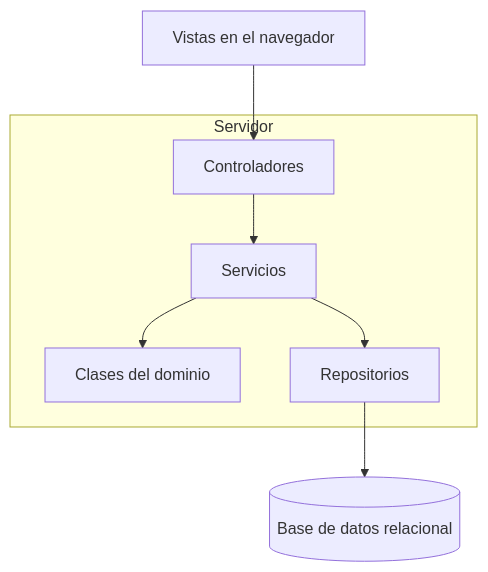
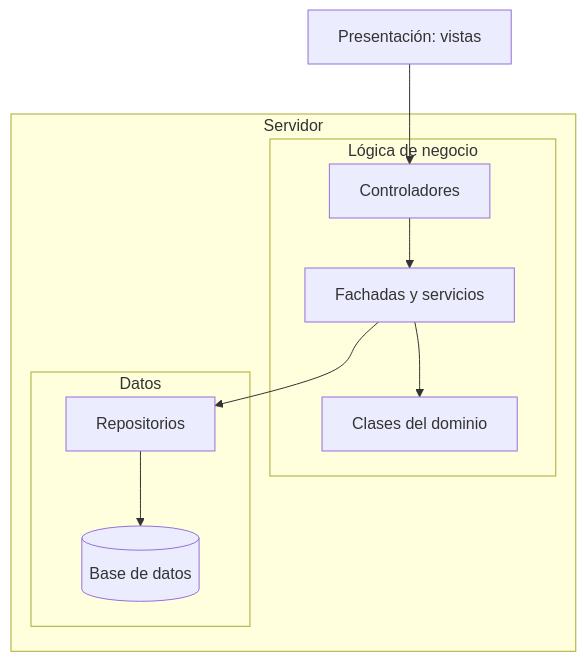
The diagram in 04-diseno/arquitectura-del-sistema.md (CardenasGMP/Proyecto-SIAR-Uniajc-), drawn with Mermaid before and after one commit. The commit also changed other lines of this file and 5 other files, not shown here.

````diff
--- a/04-diseno/arquitectura-del-sistema.md
+++ b/04-diseno/arquitectura-del-sistema.md
@@ -18,10 +13,14 @@
 ```mermaid
 flowchart TB
-    V["Vistas en el navegador"] --> C["Controladores"]
+    V["Presentación: vistas"] --> C["Controladores"]
     subgraph S["Servidor"]
-        C --> SE["Servicios"]
-        SE --> D["Clases del dominio"]
-        SE --> R["Repositorios"]
+        subgraph N["Lógica de negocio"]
+            C --> F["Fachadas y servicios"]
+            F --> D["Clases del dominio"]
+        end
+        subgraph A["Datos"]
+            R["Repositorios"] --> BD[("Base de datos")]
+        end
+        F --> R
     end
-    R --> BD[("Base de datos relacional")]
 ```
````
